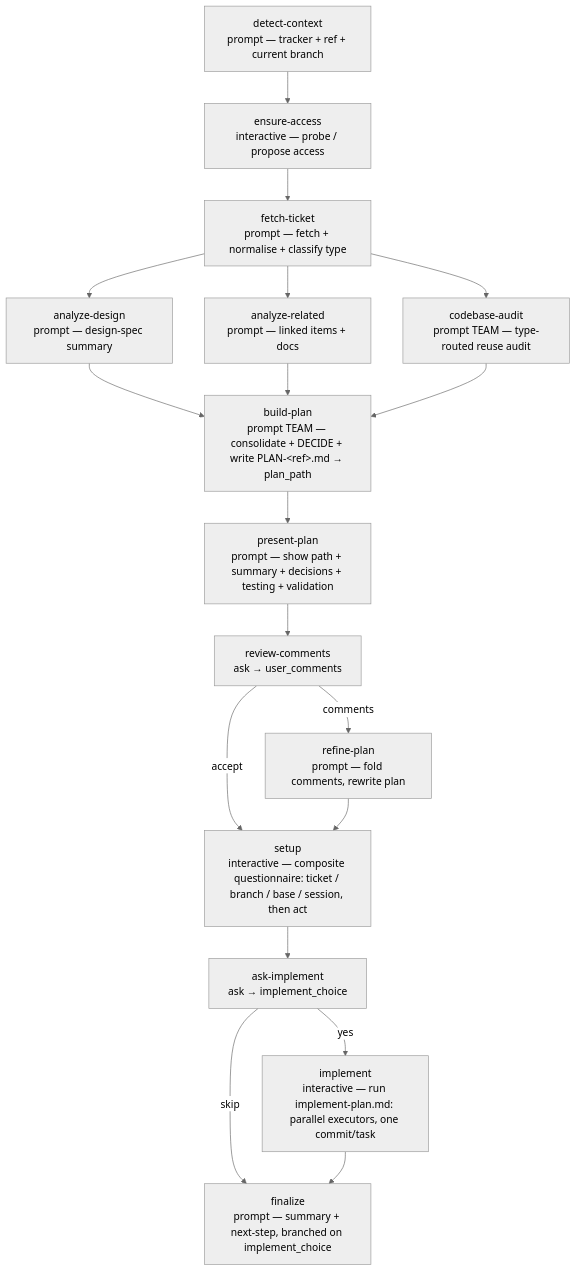
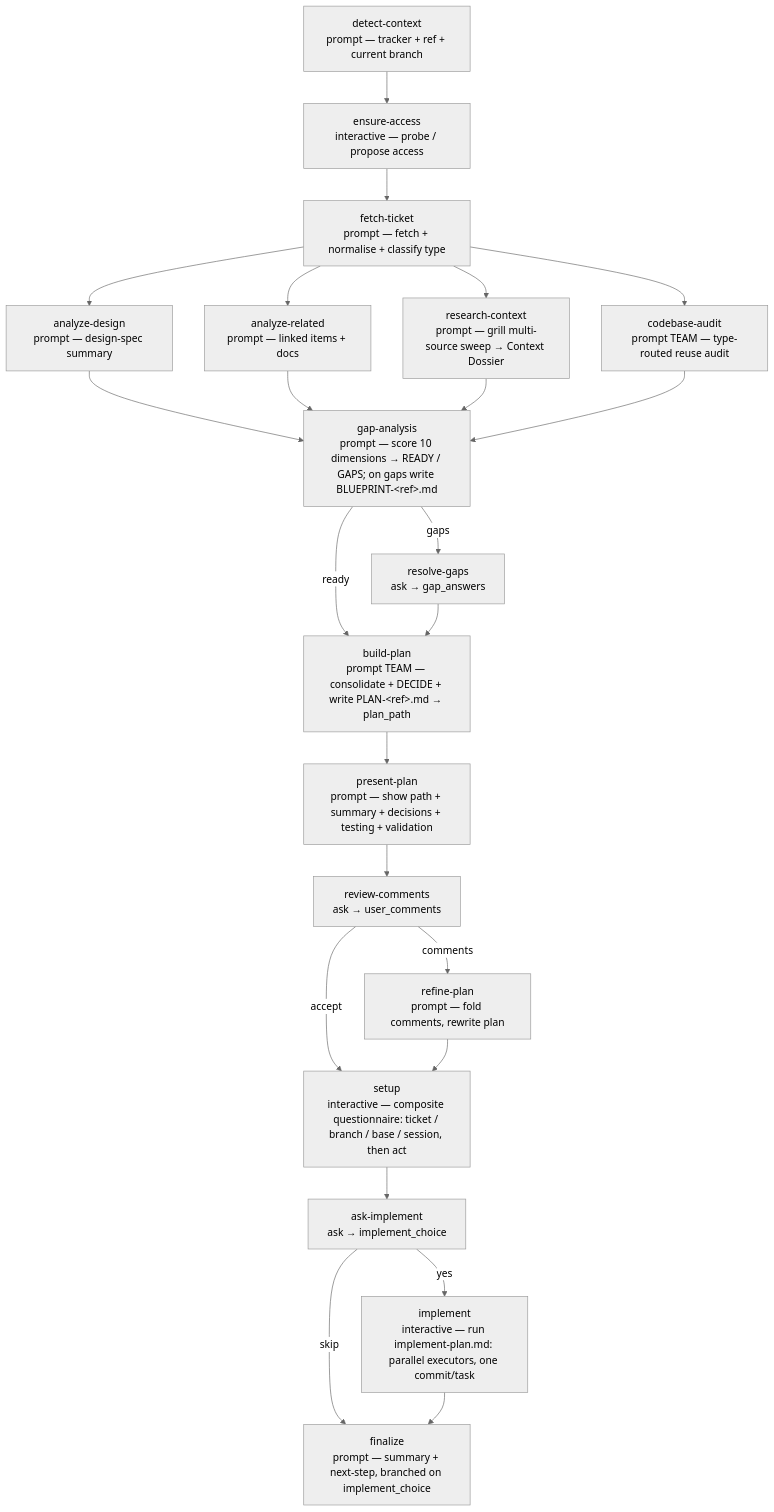
One commit to e1024kb/wise-claude changed the diagram in plugins/wise/workflows/ticket-plan/README.md. Above: the diagram before and after it, drawn with Mermaid (neutral theme). The commit also changed other lines of this file and 12 other files, not shown here.

First line of the commit message:
feat(wise): add /wise-grill and grill research/gap-check in ticket workflows

````diff
--- a/plugins/wise/workflows/ticket-plan/README.md
+++ b/plugins/wise/workflows/ticket-plan/README.md
@@ -51,20 +61,25 @@
 ```mermaid
 flowchart TD
     T[detect-context<br/>prompt — tracker + ref + current branch] --> X[ensure-access<br/>interactive — probe / propose access]
     X --> A[fetch-ticket<br/>prompt — fetch + normalise + classify type]
     A --> C[analyze-design<br/>prompt — design-spec summary]
     A --> D[analyze-related<br/>prompt — linked items + docs]
+    A --> RCx[research-context<br/>prompt — grill multi-source sweep → Context Dossier]
     A --> E[codebase-audit<br/>prompt TEAM — type-routed reuse audit]
-    C --> B[build-plan<br/>prompt TEAM — consolidate + DECIDE + write PLAN-&lt;ref&gt;.md → plan_path]
-    D --> B
-    E --> B
+    C --> G[gap-analysis<br/>prompt — score 10 dimensions → READY / GAPS; on gaps write BLUEPRINT-&lt;ref&gt;.md]
+    D --> G
+    RCx --> G
+    E --> G
+    G -->|gaps| RG[resolve-gaps<br/>ask → gap_answers]
+    G -->|ready| B
+    RG --> B[build-plan<br/>prompt TEAM — consolidate + DECIDE + write PLAN-&lt;ref&gt;.md → plan_path]
     B --> P[present-plan<br/>prompt — show path + summary + decisions + testing + validation]
     P --> RC[review-comments<br/>ask → user_comments]
     RC -->|comments| RF[refine-plan<br/>prompt — fold comments, rewrite plan]
     RC -->|accept| S
     RF --> S[setup<br/>interactive — composite questionnaire: ticket / branch / base / session, then act]
     S --> AI[ask-implement<br/>ask → implement_choice]
     AI -->|yes| IM[implement<br/>interactive — run implement-plan.md: parallel executors, one commit/task]
     AI -->|skip| FN
     IM --> FN[finalize<br/>prompt — summary + next-step, branched on implement_choice]
 ```
````
